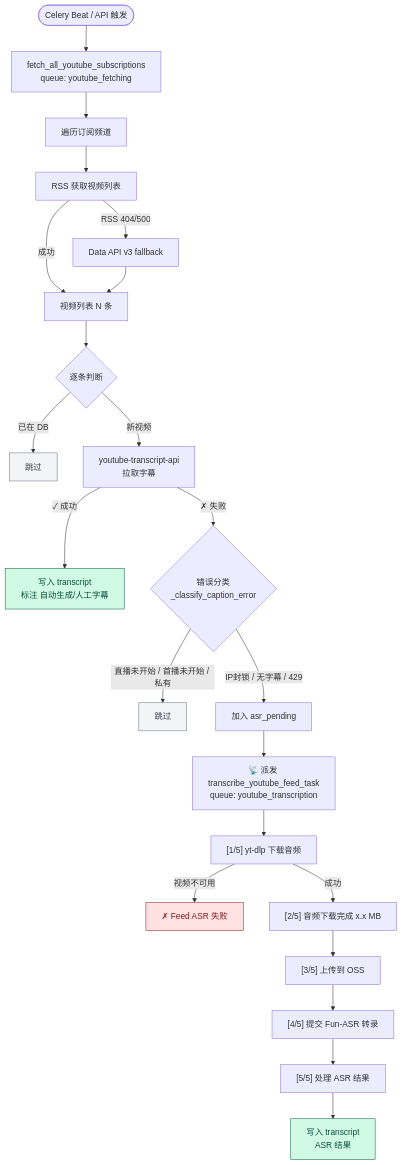
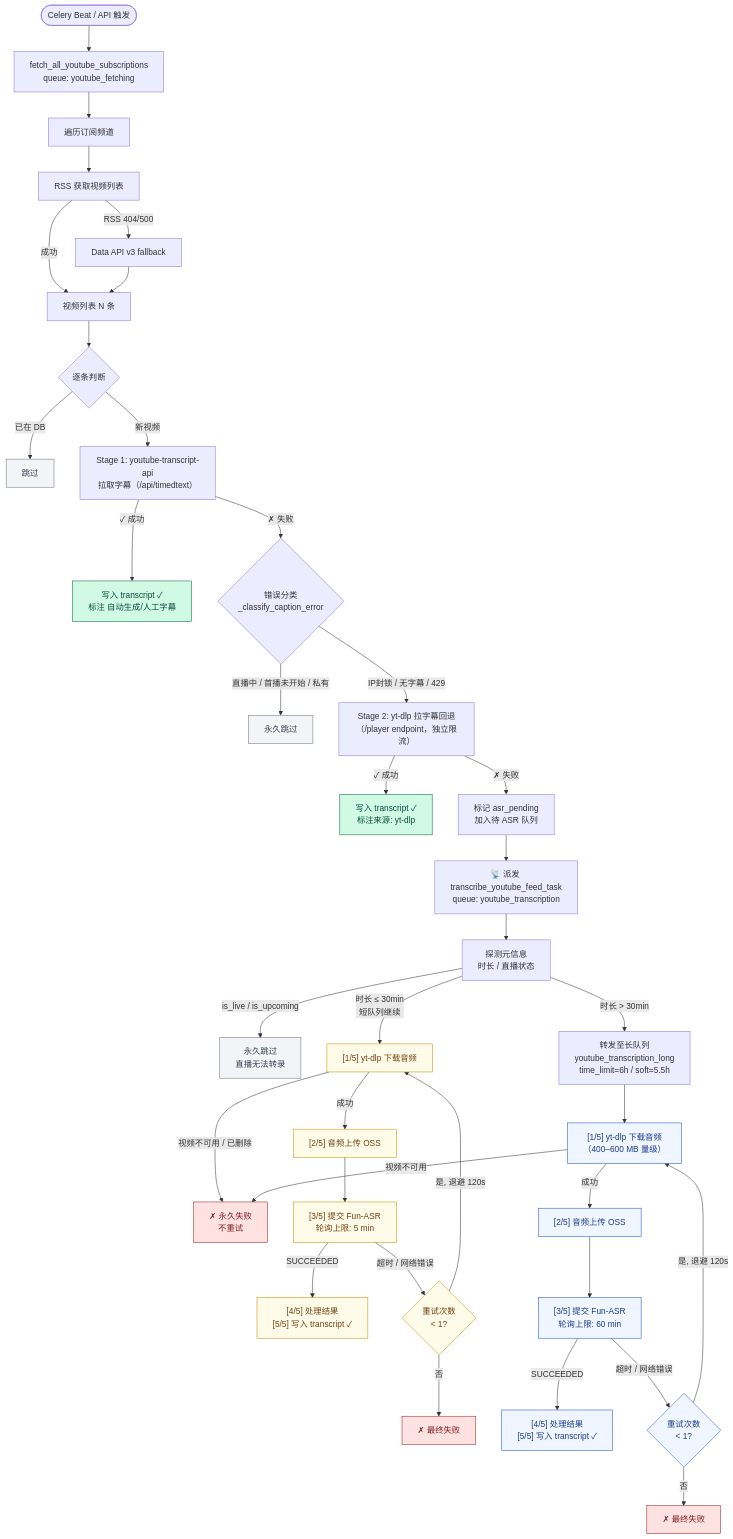
The diagram in README.md (solterra2888/LocalVirtualService), drawn with Mermaid before and after one commit. The commit also changed other lines of this file and 1 other file, not shown here.

````diff
--- a/README.md
+++ b/README.md
@@ -48,35 +65,57 @@
 ```mermaid
 flowchart TD
     A([Celery Beat / API 触发]) --> B[fetch_all_youtube_subscriptions<br/>queue: youtube_fetching]
     B --> C[遍历订阅频道]
     C --> D[RSS 获取视频列表]
     D -->|RSS 404/500| E[Data API v3 fallback]
     D -->|成功| F[视频列表 N 条]
     E --> F
     F --> G{逐条判断}
     G -->|已在 DB| H[跳过]
-    G -->|新视频| I[youtube-transcript-api<br/>拉取字幕]
+    G -->|新视频| I["Stage 1: youtube-transcript-api<br/>拉取字幕（/api/timedtext）"]
 
-    I -->|✓ 成功| J[写入 transcript<br/>标注 自动生成/人工字幕]
+    I -->|✓ 成功| J[写入 transcript ✓<br/>标注 自动生成/人工字幕]
     I -->|✗ 失败| K{错误分类<br/>_classify_caption_error}
 
-    K -->|直播未开始 / 首播未开始 / 私有| L[跳过]
-    K -->|IP封锁 / 无字幕 / 429| M[加入 asr_pending]
+    K -->|直播中 / 首播未开始 / 私有| L[永久跳过]
+    K -->|IP封锁 / 无字幕 / 429| I2["Stage 2: yt-dlp 拉字幕回退<br/>（/player endpoint，独立限流）"]
 
-    M --> N[📡 派发 transcribe_youtube_feed_task<br/>queue: youtube_transcription]
+    I2 -->|✓ 成功| J2[写入 transcript ✓<br/>标注来源: yt-dlp]
+    I2 -->|✗ 失败| M[标记 asr_pending<br/>加入待 ASR 队列]
 
-    N --> O["[1/5] yt-dlp 下载音频"]
-    O -->|视频不可用| P[✗ Feed ASR 失败]
-    O -->|成功| Q["[2/5] 音频下载完成 x.x MB"]
-    Q --> R["[3/5] 上传到 OSS"]
-    R --> S["[4/5] 提交 Fun-ASR 转录"]
-    S --> T["[5/5] 处理 ASR 结果"]
-    T --> U[写入 transcript<br/>ASR 结果]
+    M --> N["📡 派发 transcribe_youtube_feed_task<br/>queue: youtube_transcription"]
+
+    N --> META["探测元信息<br/>时长 / 直播状态"]
+    META -->|is_live / is_upcoming| LIVE[永久跳过<br/>直播无法转录]
+    META -->|时长 ≤ 30min<br/>短队列继续| SHORT_DL
+
+    META -->|时长 > 30min| REROUTE["转发至长队列<br/>youtube_transcription_long<br/>time_limit=6h / soft=5.5h"]
+    REROUTE --> LONG_DL
+
+    SHORT_DL["[1/5] yt-dlp 下载音频"] -->|视频不可用 / 已删除| PFAIL[✗ 永久失败<br/>不重试]
+    SHORT_DL -->|成功| SHORT_UP["[2/5] 音频上传 OSS"]
+    SHORT_UP --> SHORT_ASR["[3/5] 提交 Fun-ASR<br/>轮询上限: 5 min"]
+    SHORT_ASR -->|SUCCEEDED| SHORT_SAVE["[4/5] 处理结果<br/>[5/5] 写入 transcript ✓"]
+    SHORT_ASR -->|超时 / 网络错误| SHORT_RETRY{重试次数<br/>< 1?}
+    SHORT_RETRY -->|是, 退避 120s| SHORT_DL
+    SHORT_RETRY -->|否| SFAIL[✗ 最终失败]
+
+    LONG_DL["[1/5] yt-dlp 下载音频<br/>（400–600 MB 量级）"] -->|视频不可用| PFAIL
+    LONG_DL -->|成功| LONG_UP["[2/5] 音频上传 OSS"]
+    LONG_UP --> LONG_ASR["[3/5] 提交 Fun-ASR<br/>轮询上限: 60 min"]
+    LONG_ASR -->|SUCCEEDED| LONG_SAVE["[4/5] 处理结果<br/>[5/5] 写入 transcript ✓"]
+    LONG_ASR -->|超时 / 网络错误| LONG_RETRY{重试次数<br/>< 1?}
+    LONG_RETRY -->|是, 退避 120s| LONG_DL
+    LONG_RETRY -->|否| LFAIL[✗ 最终失败]
 
     classDef ok fill:#d1fae5,stroke:#065f46,color:#064e3b;
     classDef fail fill:#fee2e2,stroke:#991b1b,color:#7f1d1d;
     classDef skip fill:#f3f4f6,stroke:#6b7280,color:#374151;
-    class J,U ok;
-    class P fail;
-    class H,L skip;
+    classDef long fill:#eff6ff,stroke:#1d4ed8,color:#1e3a8a;
+    classDef short fill:#fefce8,stroke:#ca8a04,color:#713f12;
+    class J,J2,SHORT_SAVE,LONG_SAVE ok;
+    class PFAIL,SFAIL,LFAIL fail;
+    class H,L,LIVE skip;
+    class LONG_DL,LONG_UP,LONG_ASR,LONG_SAVE,LONG_RETRY long;
+    class SHORT_DL,SHORT_UP,SHORT_ASR,SHORT_SAVE,SHORT_RETRY short;
 ```
````
